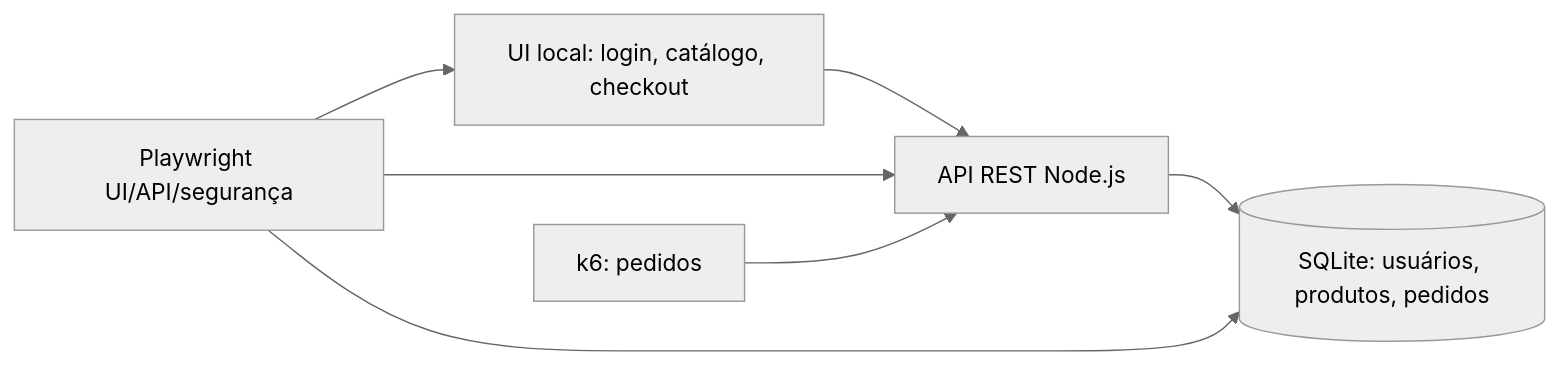
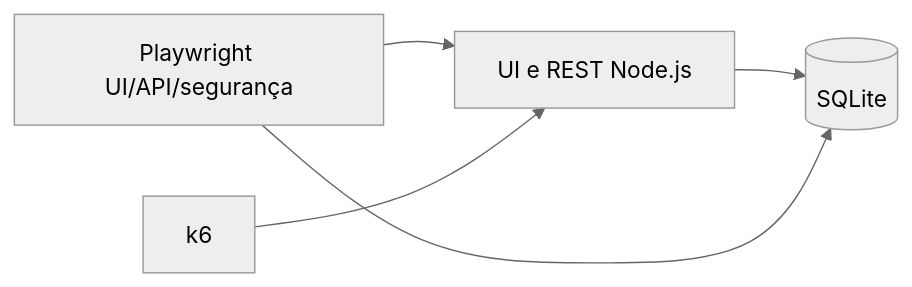
One commit to fmchiava/Fernando-Chiavaloni changed the diagram in cases/e2e-ecommerce-suite/README.md. Above: the diagram before and after it, drawn with Mermaid (neutral theme). The commit also changed other lines of this file and 28 other files, not shown here.

````diff
--- a/cases/e2e-ecommerce-suite/README.md
+++ b/cases/e2e-ecommerce-suite/README.md
@@ -17,9 +44,7 @@
 ```mermaid
 flowchart LR
-  PW[Playwright UI/API/segurança] --> UI[UI local: login, catálogo, checkout]
-  UI --> REST[API REST Node.js]
-  PW --> REST
-  K6[k6: pedidos] --> REST
-  REST --> DB[(SQLite: usuários, produtos, pedidos)]
-  PW --> DB
+  A[Playwright UI/API/segurança] --> B[UI e REST Node.js]
+  C[k6] --> B
+  B --> D[(SQLite)]
+  A --> D
 ```
````
